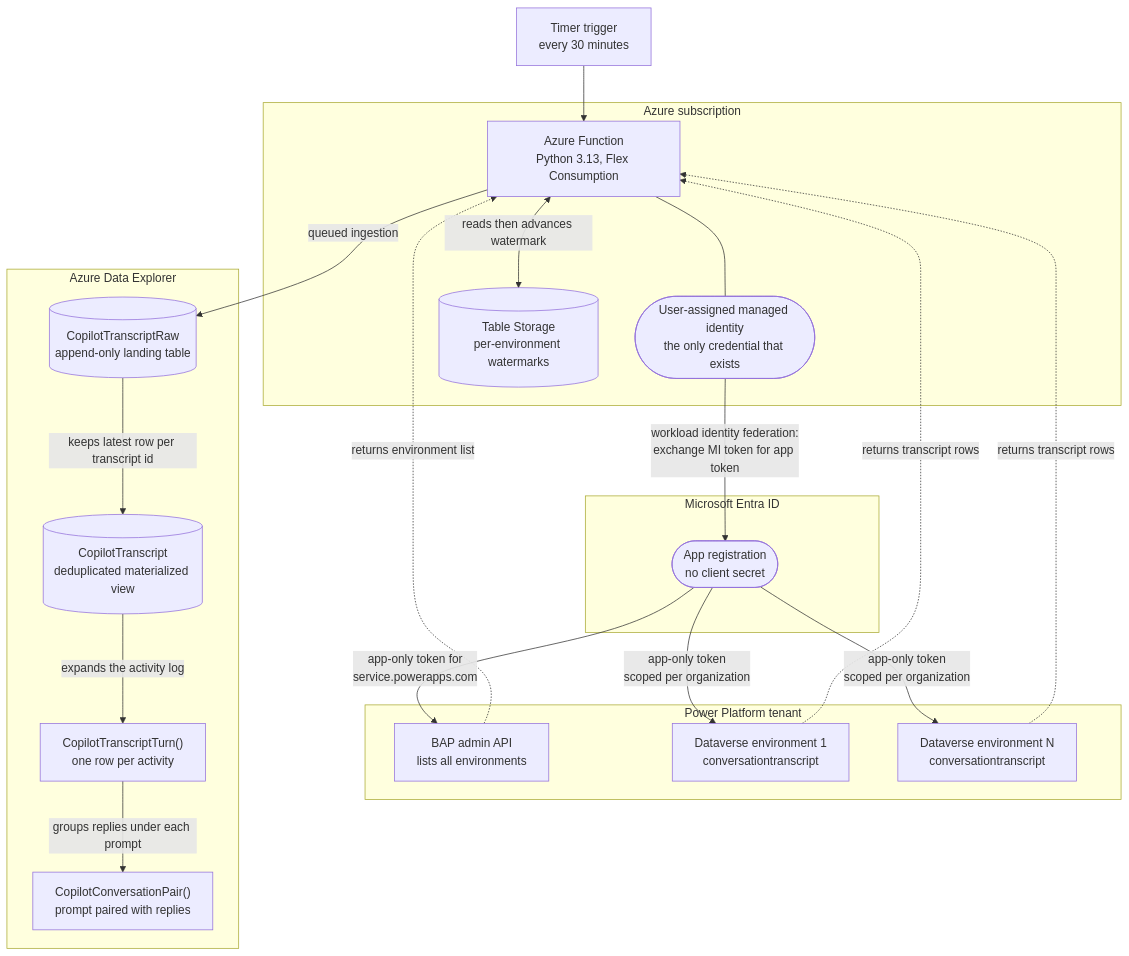
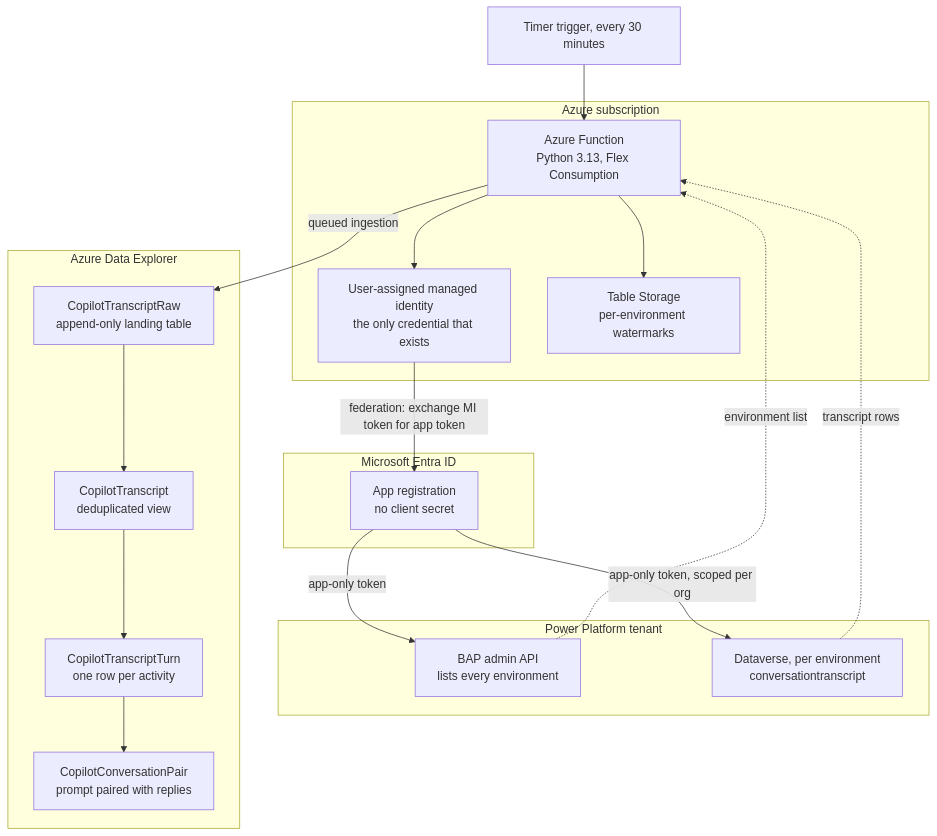
The first of 3 diagrams in README.md (russrimm/copilot-transcript-sync), drawn with Mermaid before and after one commit. The commit also changed other lines of this file, not shown here.

````diff
--- a/README.md
+++ b/README.md
@@ -57,56 +57,48 @@
 ```mermaid
 flowchart TB
     accTitle: Tenant-wide Copilot Studio transcript sync architecture
     accDescr {
       A timer-triggered Azure Function runs every thirty minutes. The Function holds only a
       user-assigned managed identity. It uses that identity directly for Azure Data Explorer
       and Table Storage, and federates it onto a Microsoft Entra app registration to reach
       Power Platform without a client secret. Using the app registration it lists every
       environment in the tenant through the Business Application Platform admin API, then
       reads the conversationtranscript table from each environment's Dataverse Web API.
       Rows land in an append-only table in Azure Data Explorer, are deduplicated into a
       materialized view, and are projected into turn-level and prompt-pair views.
     }
 
-    Timer["Timer trigger<br/>every 30 minutes"] --> Func
+    Timer["Timer trigger, every 30 minutes"] --> Func
 
     subgraph Azure["Azure subscription"]
         Func["Azure Function<br/>Python 3.13, Flex Consumption"]
-        UAMI(["User-assigned managed identity<br/>the only credential that exists"])
-        Watermark[("Table Storage<br/>per-environment watermarks")]
-        Func --- UAMI
-        Func <-->|"reads then advances watermark"| Watermark
+        UAMI["User-assigned managed identity<br/>the only credential that exists"]
+        Watermark["Table Storage<br/>per-environment watermarks"]
+        Func --> UAMI
+        Func --> Watermark
     end
 
     subgraph Entra["Microsoft Entra ID"]
-        App(["App registration<br/>no client secret"])
+        App["App registration<br/>no client secret"]
     end
 
-    UAMI -->|"workload identity federation:<br/>exchange MI token for app token"| App
-
     subgraph PP["Power Platform tenant"]
-        BAP["BAP admin API<br/>lists all environments"]
-        DV1["Dataverse environment 1<br/>conversationtranscript"]
-        DVn["Dataverse environment N<br/>conversationtranscript"]
+        BAP["BAP admin API<br/>lists every environment"]
+        DV["Dataverse, per environment<br/>conversationtranscript"]
     end
 
-    App -->|"app-only token for<br/>service.powerapps.com"| BAP
-    App -->|"app-only token<br/>scoped per organization"| DV1
-    App -->|"app-only token<br/>scoped per organization"| DVn
-
-    BAP -.->|"returns environment list"| Func
-    DV1 -.->|"returns transcript rows"| Func
-    DVn -.->|"returns transcript rows"| Func
-
     subgraph ADX["Azure Data Explorer"]
-        Raw[("CopilotTranscriptRaw<br/>append-only landing table")]
-        MV[("CopilotTranscript<br/>deduplicated materialized view")]
-        Turn["CopilotTranscriptTurn()<br/>one row per activity"]
-        Pair["CopilotConversationPair()<br/>prompt paired with replies"]
-        Raw -->|"keeps latest row per transcript id"| MV
-        MV -->|"expands the activity log"| Turn
-        Turn -->|"groups replies under each prompt"| Pair
+        Raw["CopilotTranscriptRaw<br/>append-only landing table"]
+        MV["CopilotTranscript<br/>deduplicated view"]
+        Turn["CopilotTranscriptTurn<br/>one row per activity"]
+        Pair["CopilotConversationPair<br/>prompt paired with replies"]
+        Raw --> MV --> Turn --> Pair
     end
 
+    UAMI -->|"federation: exchange MI token for app token"| App
+    App -->|"app-only token"| BAP
+    App -->|"app-only token, scoped per org"| DV
+    BAP -.->|"environment list"| Func
+    DV -.->|"transcript rows"| Func
     Func -->|"queued ingestion"| Raw
 ```
````
